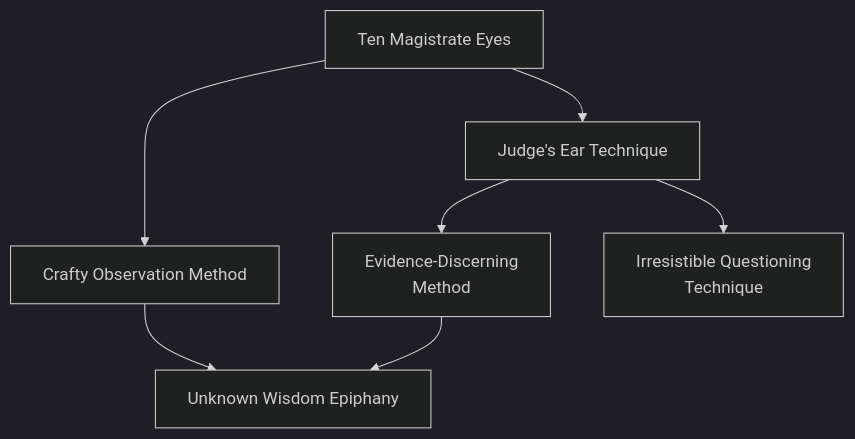
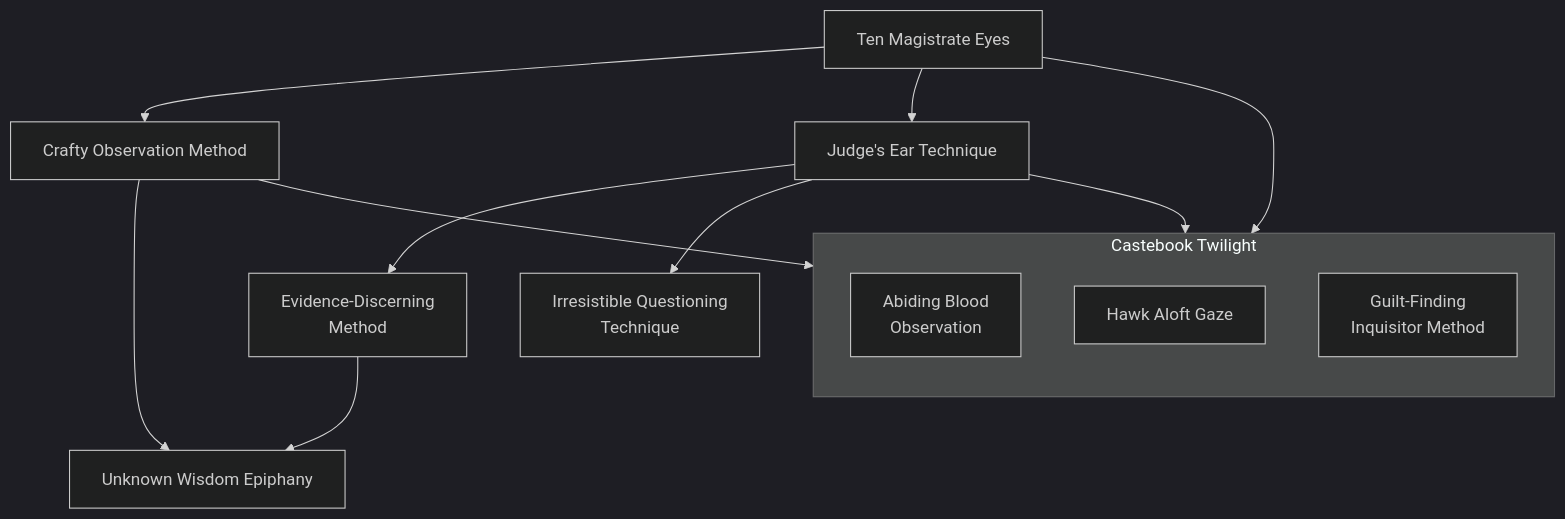
Before and after one commit to jrobichaud/exalted-charms-1e: the diagram in docs/mermaid/solar/twilight_investigation.mmd, drawn with Mermaid. The commit also changed 5 other files, not shown here.

Commit message:
castebook twilight

```diff
--- a/docs/mermaid/solar/twilight_investigation.mmd
+++ b/docs/mermaid/solar/twilight_investigation.mmd
@@ -165,3 +165,97 @@
         ous, but if disturbed, they may very briefly cling to the adopted
         persona before snapping back to the current moment.
         "
+
+    subgraph Castebook Twilight
+        direction TB
+        abiding_blood_observation[Abiding Blood<br>Observation]
+        click abiding_blood_observation callback "
+            Abiding Blood Observation<br>
+            <br>
+            Cost: 4 motes<br>
+            Duration: Instant<br>
+            Type: Simple<br>
+            Minimum Investigation: 2<br>
+            Minimum Essence: 1<br>
+            Prerequisite Charms: Ten Magistrate Eyes<br>
+            <br>
+            When a character uses this Charm, he will perceive
+            blood dripping from the hands of anyone within 10 yards of
+            him who has killed someone within the last five days. The
+            vision is momentary, but quite clear. The Charm lasts long
+            enough for him to turn around and look all around him,
+            though if someone takes pains to hide her hands, he will not
+            be able to see any blood that might be there and judge
+            whether or not she has killed. A target who has merely killed
+            a single person will have simple bloodstains on her hands; an
+            Exalted who has massacred a troop of guards will have hands
+            dripping with gore. The Charm makes no distinctions on
+            the basis of motives for killing or types of killing, but merely
+            shows whether or not those close by have killed.
+            "
+
+        hawk_aloft_gaze[Hawk Aloft Gaze]
+        click hawk_aloft_gaze callback "
+            Hawk Aloft Gaze<br>
+            <br>
+            Cost: 5 motes<br>
+            Duration: Instant<br>
+            Type: Simple<br>
+            Minimum Investigation: 4<br>
+            Minimum Essence: 2<br>
+            Prerequisite Charms: Crafty Observation Method<br>
+            <br>
+            This Charm allows the Exalted to scan a crowd of
+            people or a landscape, as far as the eye can see, searching
+            for a particular person or thing, focusing all his attention
+            on his prey. If any part of his target is theoretically within
+            his view — however great the distance — then he will see
+            it as clearly as if he were only 10 yards away, together with
+            the immediate surroundings for five yards around the
+            target. This applies even if his target is camouflaged or
+            partly concealed, in which case the visible part of the
+            target will be identified as obviously part of the complete
+            target. The only way to avoid this Charm is to be wholly
+            concealed by some object between the target and the
+            Exalt. However, the Exalted must know what he is looking
+            for; attempts merely to look for &quot;something odd&quot; will be
+            fruitless. Characters who are invisible cannot be detected
+            with this spell, but even the cleverest of magical camouflage
+            is penetrated by it.
+            "
+        guilt_finding_inquisitor_method[Guilt-Finding<br>Inquisitor Method]
+        click guilt_finding_inquisitor_method callback "
+            Guilt-Finding Inquisitor Method<br>
+            <br>
+            Cost: 7 motes<br>
+            Duration: One scene<br>
+            Type: Simple<br>
+            Minimum Investigation: 3<br>
+            Minimum Essence: 2<br>
+            Prerequisite Charms: Judge's Ear Technique<br>
+            <br>
+            With this Charm, an Exalt can hear the private
+            whispers of guilt that underlie most speech, betraying the
+            dark secrets of an interrogated person. When invoked, it
+            will allow the Solar to know the single thing about which
+            the target feels guiltiest concerning the subject under
+            discussion. The Solar will seem to hear the target's voice
+            whispering his guilt and shame about the matter, while the
+            target continues to speak of whatever he chooses and is not
+            necessarily aware that he is revealing his hidden secrets. If
+            the target refuses to say anything, then the Charm fails to
+            provide any answers. Also, the Charm operates on the
+            target's personal perceptions of guilt: If the target feels no
+            guilt or shame about his private actions, then the Charm
+            will not reveal them. Thus, a sincere and self-justified
+            revolutionary might betray his shame in not speaking up
+            publicly for his cause but not his private involvement in a
+            recent assassination of a Terrestrial Exalted. Unfortunately,
+            the Charm will not function on someone with an
+            Essence equal to or greater than that of the user.
+            "
+    end
+
+    ten_magistrate_eyes --> abiding_blood_observation
+    crafty_observation_method --> hawk_aloft_gaze
+    judges_ear_technique --> guilt_finding_inquisitor_method
```
